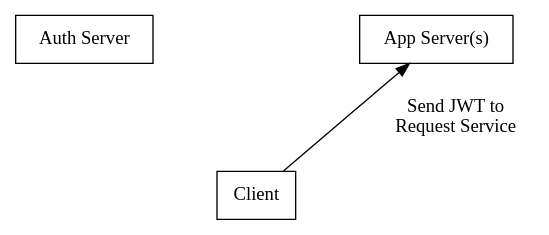
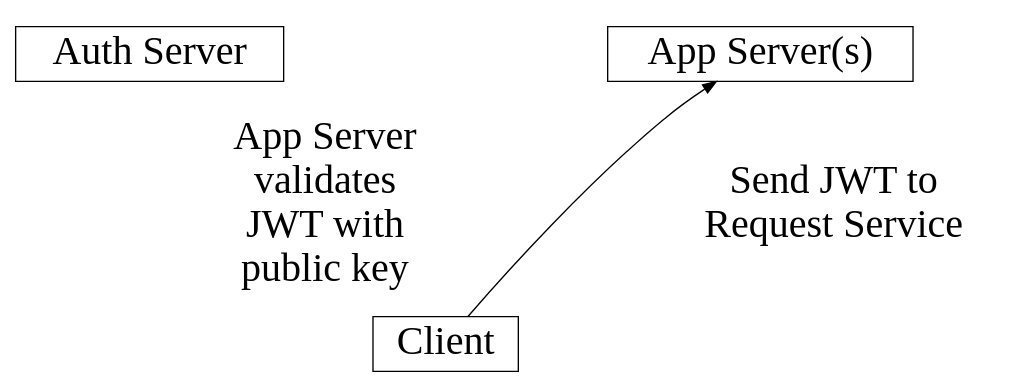
One commit to aocks/ox_jwt changed the fourth of 9 diagrams in docs/slides.org. Above: the diagram before and after it, drawn with Graphviz. The commit also changed other lines of this file and 2 other files, not shown here.

```diff
--- a/docs/slides.org
+++ b/docs/slides.org
@@ -234,28 +303,31 @@
 #+begin_src dot :cmdline -Kdot -Tjpg :exports results :file images/jwt-auth-vs-app-request-app.jpg :eval never-export
 
 digraph auth_system {
+    node [fontsize="30"];
+    edge [fontsize="30"];
+
     // Define subgraphs
     subgraph top {
         rank=same;
         AuthServer [label="Auth Server", shape=box];
         hidden [style=invis];
         AppServer [label="App Server(s)", shape=box];
     }
 
     subgraph bottom {
         rank=same;
         Client [label="Client", shape=box];
     }
 
     // Define connections
-    AuthServer -> Client [label="JWT", constraint=false, splines=ortho,style=invis];
-    Client -> AuthServer [label="Authenticate\n(e.g., login\nor OAuth)", constraint=false, splines=ortho,style=invis];
+    Client -> AuthServer [label="App Server\nvalidates\nJWT with\npublic key", color=none,constraint=false, splines=ortho];
+//    Client -> AuthServer [label="Authenticate\n(e.g., login\nor OAuth)", constraint=false, splines=ortho,style=invis];
     Client -> AppServer [label="Send JWT to\nRequest Service", constraint=false, splines=ortho];
 
     // Define hidden edges to force layout
     AuthServer -> hidden [style=invis];
     hidden -> AppServer [style=invis];
     hidden -> Client [style=invis];
 }
 
 #+end_src
```
